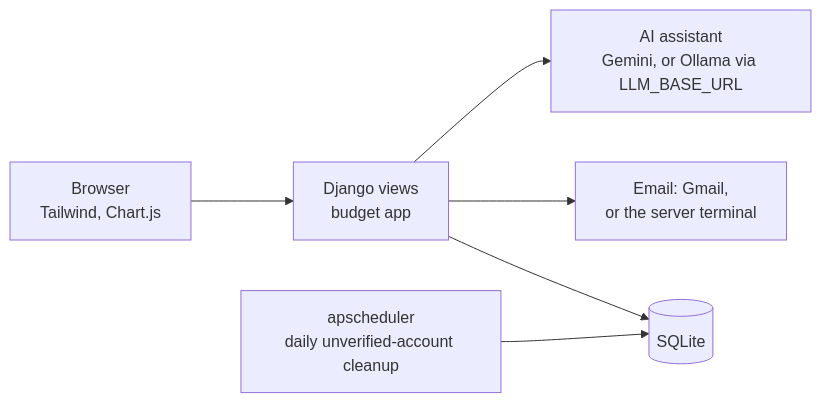
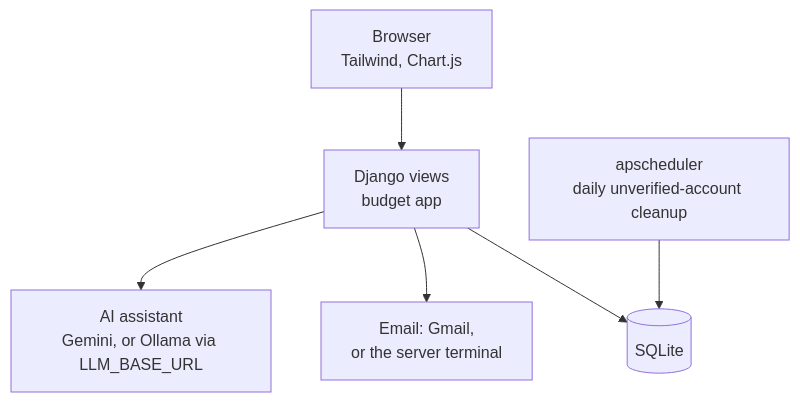
One commit to Exalt24/PennywAIse changed the diagram in README.md. Above: the diagram before and after it, drawn with Mermaid. The commit also changed other lines of this file, not shown here.

````diff
--- a/README.md
+++ b/README.md
@@ -29,8 +33,8 @@
 ```mermaid
-flowchart LR
+flowchart TD
     B["Browser<br/>Tailwind, Chart.js"] --> V["Django views<br/>budget app"]
     V --> DB[("SQLite")]
     V --> E["Email: Gmail,<br/>or the server terminal"]
     V --> L["AI assistant<br/>Gemini, or Ollama via LLM_BASE_URL"]
     S["apscheduler<br/>daily unverified-account cleanup"] --> DB
 ```
````
